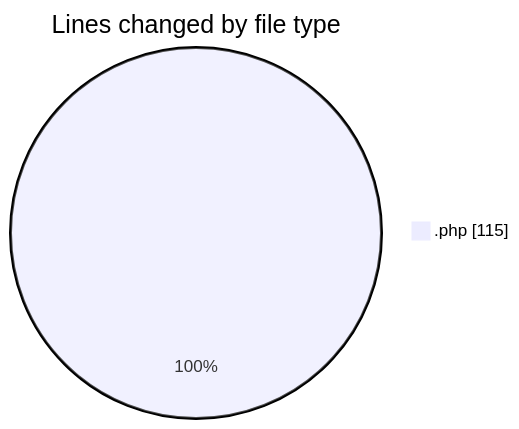
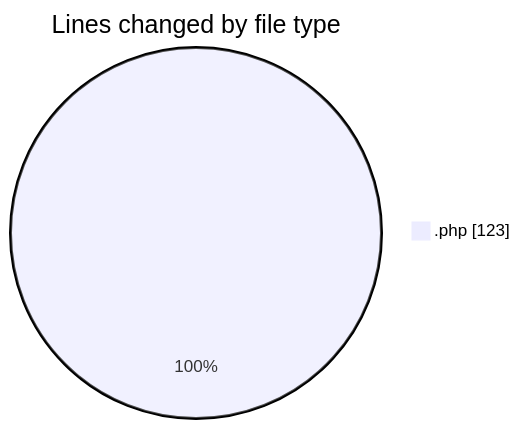
The first of 2 diagrams in 2025-01-24/web/README.md (LanceThiago/code-tracking), drawn with Mermaid before and after one commit. The commit also changed other lines of this file and 1 other file, not shown here.

````diff
--- a/2025-01-24/web/README.md
+++ b/2025-01-24/web/README.md
@@ -20,5 +20,5 @@
 ```mermaid
 pie showData
 title Lines changed by file type
-".php" : 115
+".php" : 123
 ```
````
